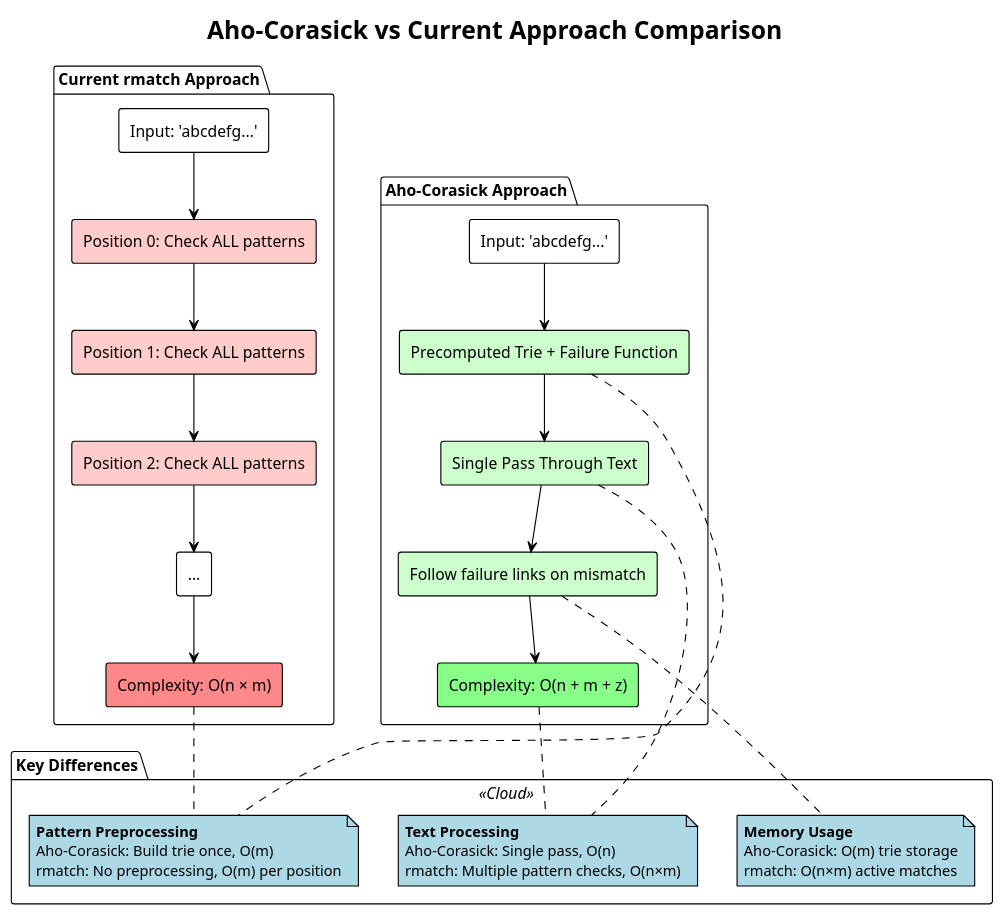
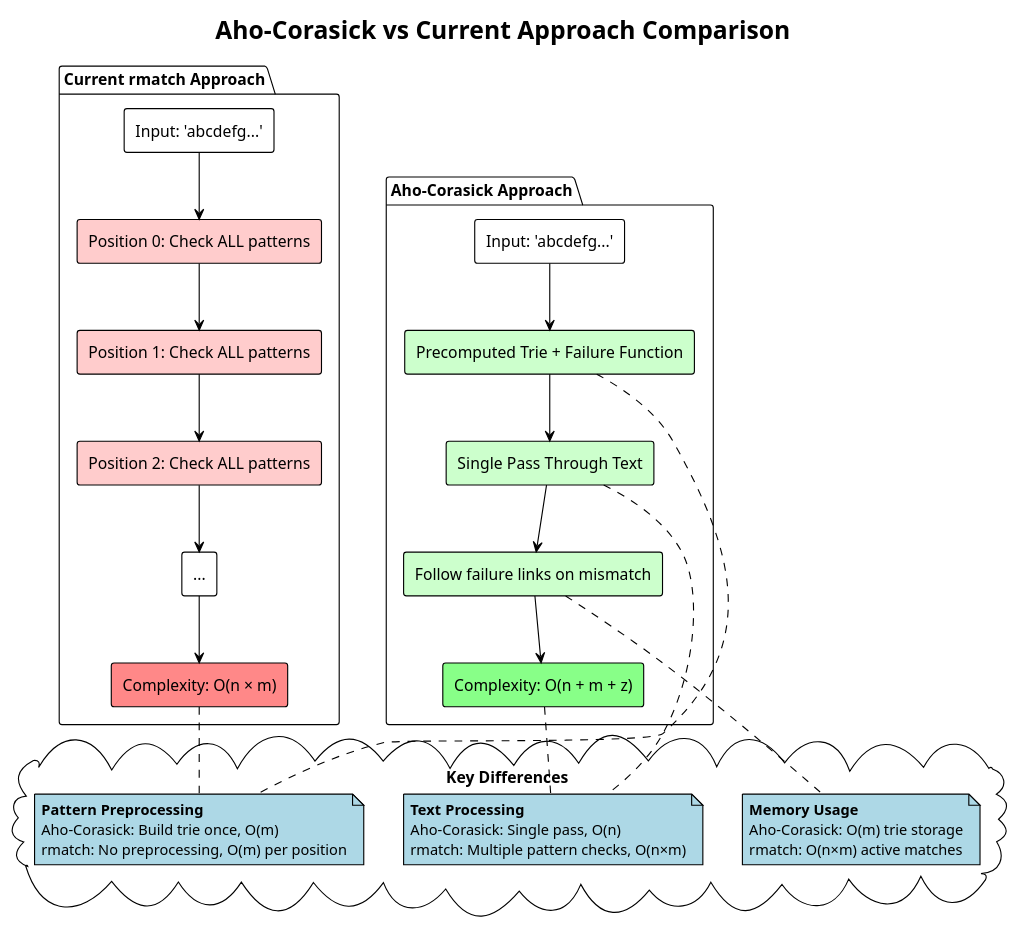
One commit to la3lma/rmatch changed the diagram in analysis/plantuml/aho-corasick-comparison.puml. Above: the diagram before and after it, drawn with PlantUML. The commit also changed 5 other files, not shown here.

Commit message:
Nicer diagrams (moe consistent clouds)

```diff
--- a/analysis/plantuml/aho-corasick-comparison.puml
+++ b/analysis/plantuml/aho-corasick-comparison.puml
@@ -1,59 +1,59 @@
 @startuml
 !theme plain
 title Aho-Corasick vs Current Approach Comparison
 
 package "Current rmatch Approach" {
   rectangle "Input: 'abcdefg...'" as input1
   rectangle "Position 0: Check ALL patterns" as pos0 #ffcccc
   rectangle "Position 1: Check ALL patterns" as pos1 #ffcccc  
   rectangle "Position 2: Check ALL patterns" as pos2 #ffcccc
   rectangle "..." as dots1
   rectangle "Complexity: O(n × m)" as complexity1 #ff8888
 
   input1 --> pos0
   pos0 --> pos1
   pos1 --> pos2  
   pos2 --> dots1
   dots1 --> complexity1
 }
 
 package "Aho-Corasick Approach" {
   rectangle "Input: 'abcdefg...'" as input2
   rectangle "Precomputed Trie + Failure Function" as trie #ccffcc
   rectangle "Single Pass Through Text" as pass #ccffcc
   rectangle "Follow failure links on mismatch" as failure #ccffcc
   rectangle "Complexity: O(n + m + z)" as complexity2 #88ff88
 
   input2 --> trie
   trie --> pass
   pass --> failure
   failure --> complexity2
 }
 
-package "Key Differences" <<Cloud>> {
+cloud "Key Differences" as keydiffs {
   note as diff1 #lightblue
     **Pattern Preprocessing**
     Aho-Corasick: Build trie once, O(m)
     rmatch: No preprocessing, O(m) per position
   end note
 
   note as diff2 #lightblue
     **Text Processing** 
     Aho-Corasick: Single pass, O(n)
     rmatch: Multiple pattern checks, O(n×m)
   end note
 
   note as diff3 #lightblue
     **Memory Usage**
     Aho-Corasick: O(m) trie storage
     rmatch: O(n×m) active matches
   end note
 }
 
 complexity1 .. diff1
 trie .. diff1
 complexity2 .. diff2
 pass .. diff2
 failure .. diff3
 
 @enduml
```
